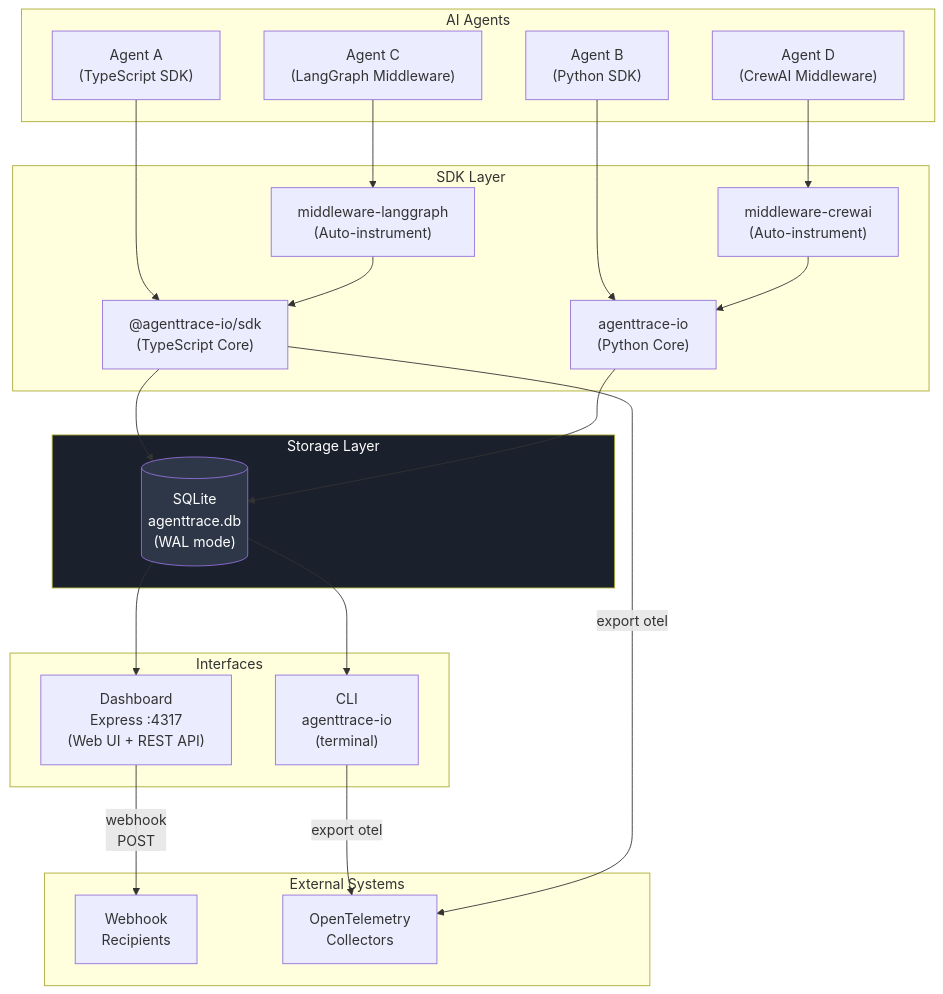
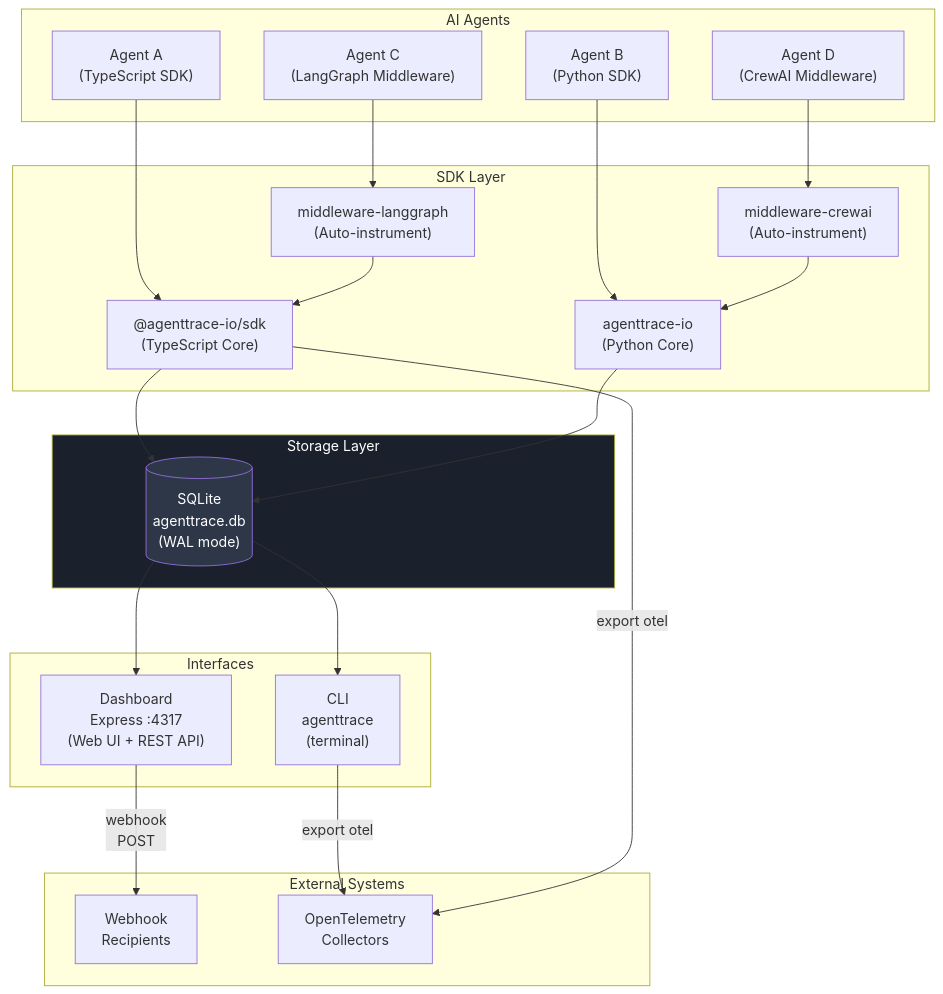
Before and after one commit to Klepsiphron/agenttrace: the first of 10 diagrams in docs/ARCHITECTURE.md, drawn with Mermaid. The commit also changed other lines of this file and 38 other files, not shown here.

````diff
--- a/docs/ARCHITECTURE.md
+++ b/docs/ARCHITECTURE.md
@@ -41,48 +41,48 @@
 ```mermaid
 graph TB
     subgraph Agents["AI Agents"]
         A1["Agent A<br/>(TypeScript SDK)"]
         A2["Agent B<br/>(Python SDK)"]
         A3["Agent C<br/>(LangGraph Middleware)"]
         A4["Agent D<br/>(CrewAI Middleware)"]
     end
 
     subgraph SDK["SDK Layer"]
         TS["@agenttrace-io/sdk<br/>(TypeScript Core)"]
         PY["agenttrace-io<br/>(Python Core)"]
         LG["middleware-langgraph<br/>(Auto-instrument)"]
         CR["middleware-crewai<br/>(Auto-instrument)"]
     end
 
     subgraph Storage["Storage Layer"]
         DB[("SQLite<br/>agenttrace.db<br/>(WAL mode)")]
     end
 
     subgraph Interfaces["Interfaces"]
-        CLI["CLI<br/>agenttrace-io<br/>(terminal)"]
+        CLI["CLI<br/>agenttrace<br/>(terminal)"]
         DASH["Dashboard<br/>Express :4317<br/>(Web UI + REST API)"]
     end
 
     subgraph External["External Systems"]
         WH["Webhook<br/>Recipients"]
         OTEL["OpenTelemetry<br/>Collectors"]
     end
 
     A1 --> TS
     A2 --> PY
     A3 --> LG --> TS
     A4 --> CR --> PY
 
     TS --> DB
     PY --> DB
 
     DB --> CLI
     DB --> DASH
 
     DASH -->|"webhook<br/>POST"| WH
     CLI -->|"export otel"| OTEL
     TS -->|"export otel"| OTEL
 
     style DB fill:#2d3748,color:#fff
     style Storage fill:#1a202c,color:#fff
 ```
````
